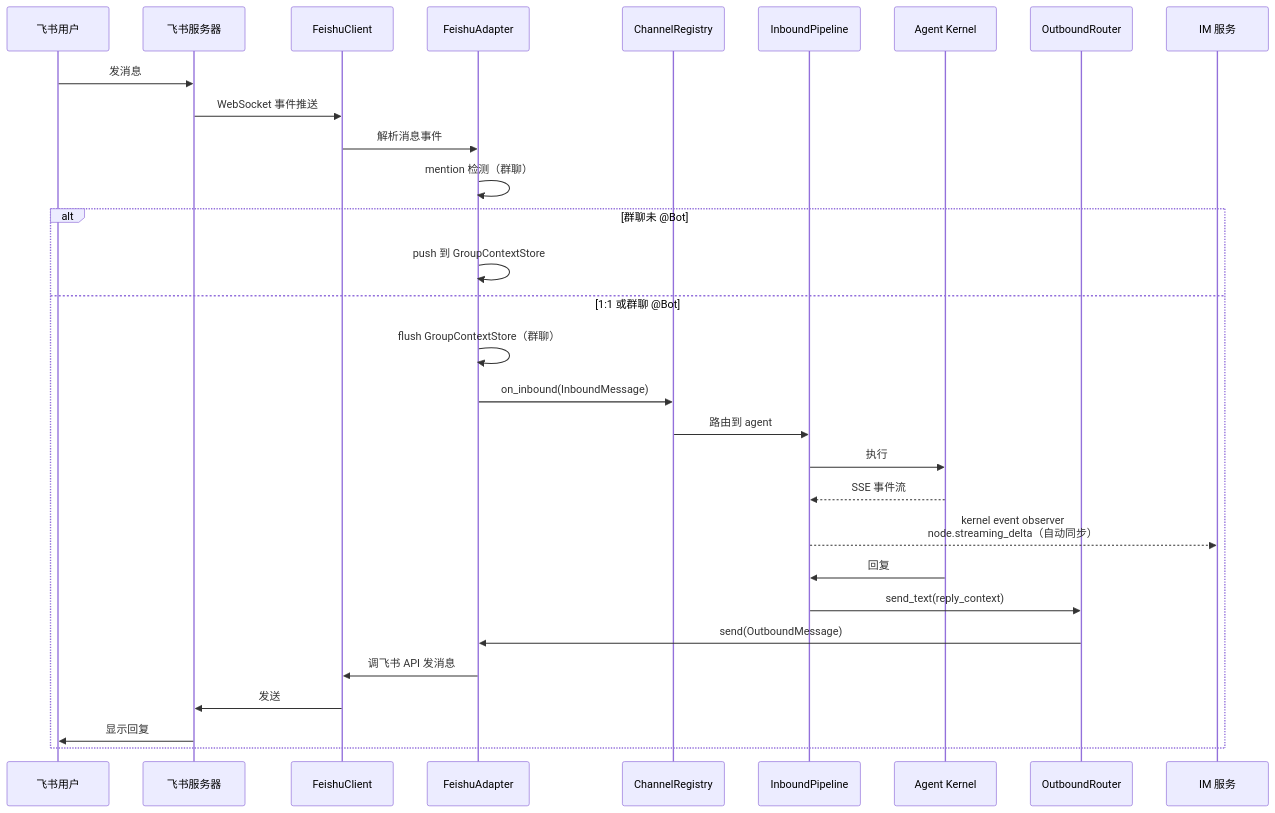
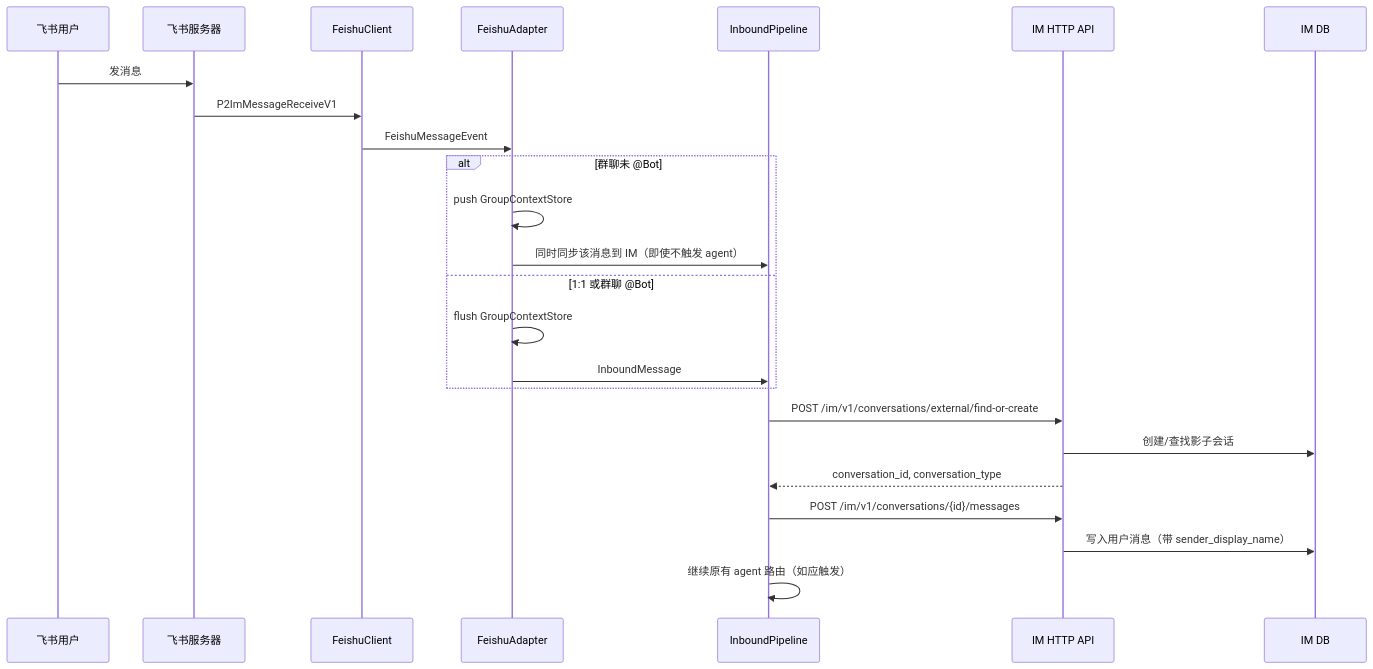
One commit to Mrchen116/nano-multiagent changed the second of 4 diagrams in docs/changes/feat-447-feishu-channel/design.md. Above: the diagram before and after it, drawn with Mermaid. The commit also changed other lines of this file and 4 other files, not shown here.

First line of the commit message:
docs(feat-447): 外部 channel 完整同步到内部 IM 的 design 与 delta-spec

````diff
--- a/docs/changes/feat-447-feishu-channel/design.md
+++ b/docs/changes/feat-447-feishu-channel/design.md
@@ -166,34 +210,27 @@
 ```mermaid
 sequenceDiagram
     participant U as 飞书用户
     participant FS as 飞书服务器
     participant FC as FeishuClient
     participant FA as FeishuAdapter
-    participant REG as ChannelRegistry
     participant PIPE as InboundPipeline
-    participant K as Agent Kernel
-    participant OUT as OutboundRouter
-
-    participant IMS as IM 服务
+    participant IM as IM HTTP API
+    participant DB as IM DB
 
     U->>FS: 发消息
-    FS->>FC: WebSocket 事件推送
-    FC->>FA: 解析消息事件
-    FA->>FA: mention 检测（群聊）
+    FS->>FC: P2ImMessageReceiveV1
+    FC->>FA: FeishuMessageEvent
     alt 群聊未 @Bot
-        FA->>FA: push 到 GroupContextStore
+        FA->>FA: push GroupContextStore
+        FA->>PIPE: 同时同步该消息到 IM（即使不触发 agent）
     else 1:1 或群聊 @Bot
-        FA->>FA: flush GroupContextStore（群聊）
-        FA->>REG: on_inbound(InboundMessage)
-        REG->>PIPE: 路由到 agent
-        PIPE->>K: 执行
-        K-->>PIPE: SSE 事件流
-        PIPE-->>IMS: kernel event observer<br/>node.streaming_delta（自动同步）
-        K->>PIPE: 回复
-        PIPE->>OUT: send_text(reply_context)
-        OUT->>FA: send(OutboundMessage)
-        FA->>FC: 调飞书 API 发消息
-        FC->>FS: 发送
-        FS->>U: 显示回复
+        FA->>FA: flush GroupContextStore
+        FA->>PIPE: InboundMessage
     end
+    PIPE->>IM: POST /im/v1/conversations/external/find-or-create
+    IM->>DB: 创建/查找影子会话
+    IM-->>PIPE: conversation_id, conversation_type
+    PIPE->>IM: POST /im/v1/conversations/{id}/messages
+    IM->>DB: 写入用户消息（带 sender_display_name）
+    PIPE->>PIPE: 继续原有 agent 路由（如应触发）
 ```
````
